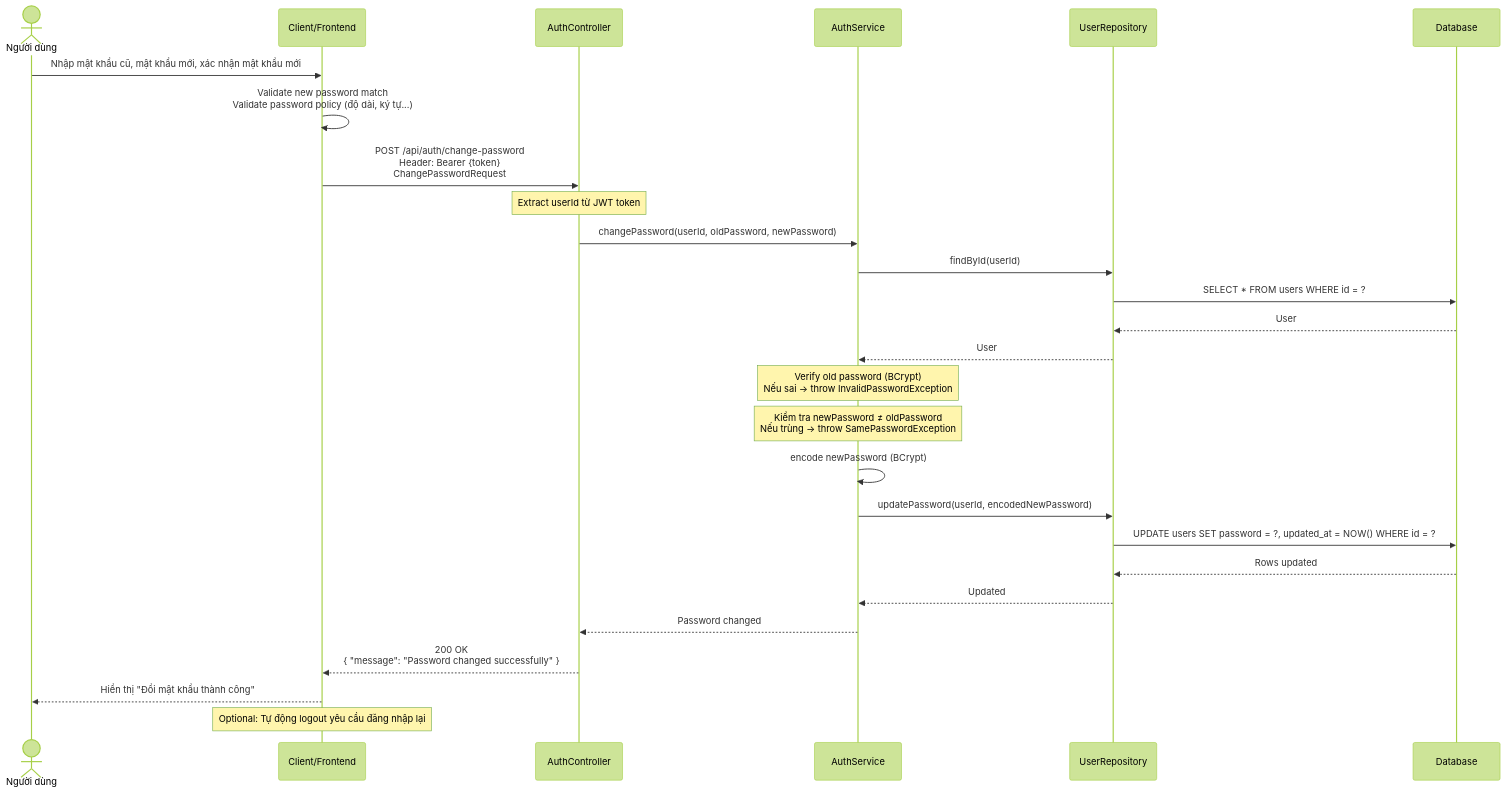
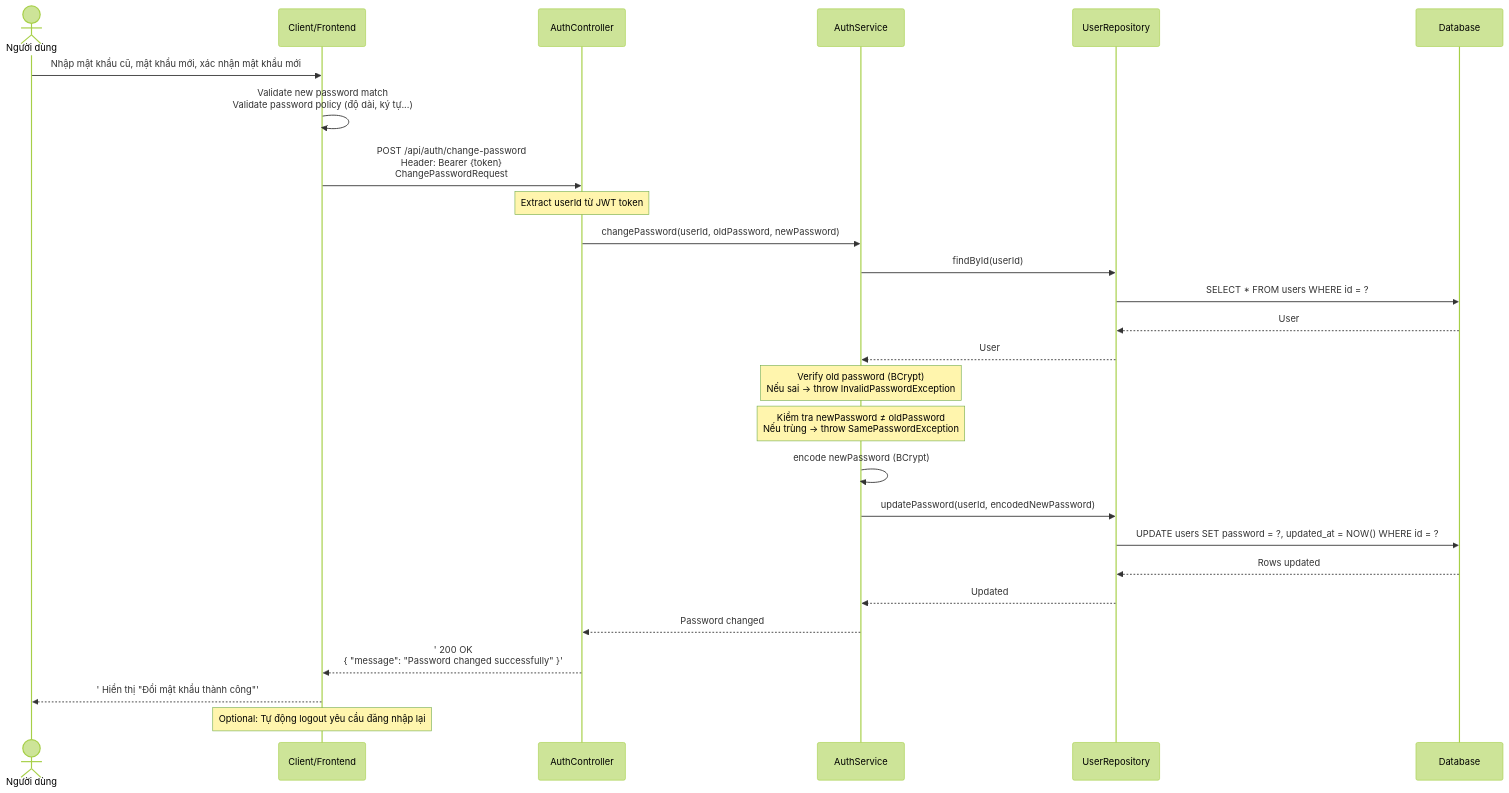
Before and after one commit to mchien04/CampusLife: the third of 7 diagrams in docs/sequence-diagramV2/sequence-diagram-auth.md, drawn with Mermaid (forest theme). The commit also changed other lines of this file and 18 other files, not shown here.

First line of the commit message:
fix(sequence-diagramV2): fix Mermaid parse errors

````diff
--- a/docs/sequence-diagramV2/sequence-diagram-auth.md
+++ b/docs/sequence-diagramV2/sequence-diagram-auth.md
@@ -79,34 +79,34 @@
 ```mermaid
 sequenceDiagram
     actor User as Người dùng
     participant Client as Client/Frontend
     participant AuthController as AuthController
     participant AuthService as AuthService
     participant UserRepository as UserRepository
     participant Database as Database
 
     User->>Client: Nhập mật khẩu cũ, mật khẩu mới, xác nhận mật khẩu mới
     Client->>Client: Validate new password match<br/>Validate password policy (độ dài, ký tự...)
     Client->>AuthController: POST /api/auth/change-password<br/>Header: Bearer {token}<br/>ChangePasswordRequest
     Note over AuthController: Extract userId từ JWT token
     AuthController->>AuthService: changePassword(userId, oldPassword, newPassword)
     
     AuthService->>UserRepository: findById(userId)
     UserRepository->>Database: SELECT * FROM users WHERE id = ?
     Database-->>UserRepository: User
     UserRepository-->>AuthService: User
     
     Note over AuthService: Verify old password (BCrypt)<br/>Nếu sai → throw InvalidPasswordException
     Note over AuthService: Kiểm tra newPassword ≠ oldPassword<br/>Nếu trùng → throw SamePasswordException
     
     AuthService->>AuthService: encode newPassword (BCrypt)
     AuthService->>UserRepository: updatePassword(userId, encodedNewPassword)
     UserRepository->>Database: UPDATE users SET password = ?, updated_at = NOW() WHERE id = ?
     Database-->>UserRepository: Rows updated
     UserRepository-->>AuthService: Updated
     
     AuthService-->>AuthController: Password changed
-    AuthController-->>Client: 200 OK<br/>{ "message": "Password changed successfully" }
-    Client-->>User: Hiển thị "Đổi mật khẩu thành công"
+    AuthController-->>Client:' 200 OK<br/>{ "message": "Password changed successfully" }'
+    Client-->>User:' Hiển thị "Đổi mật khẩu thành công"'
     Note over Client: Optional: Tự động logout yêu cầu đăng nhập lại
 ```
````
